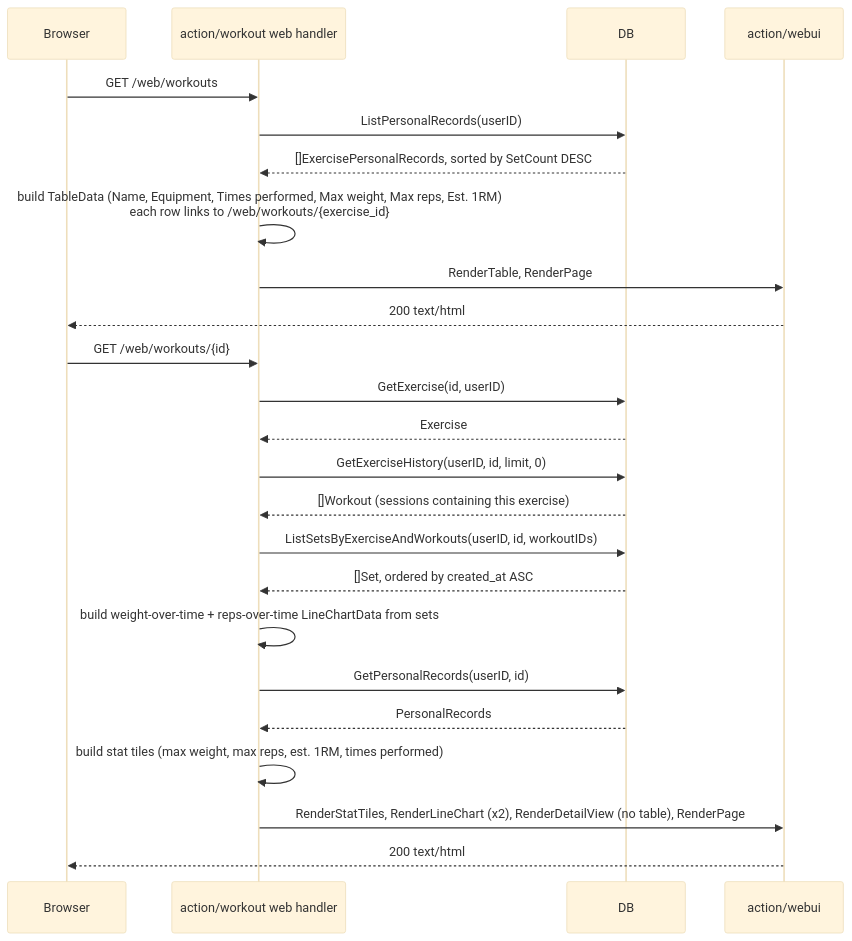
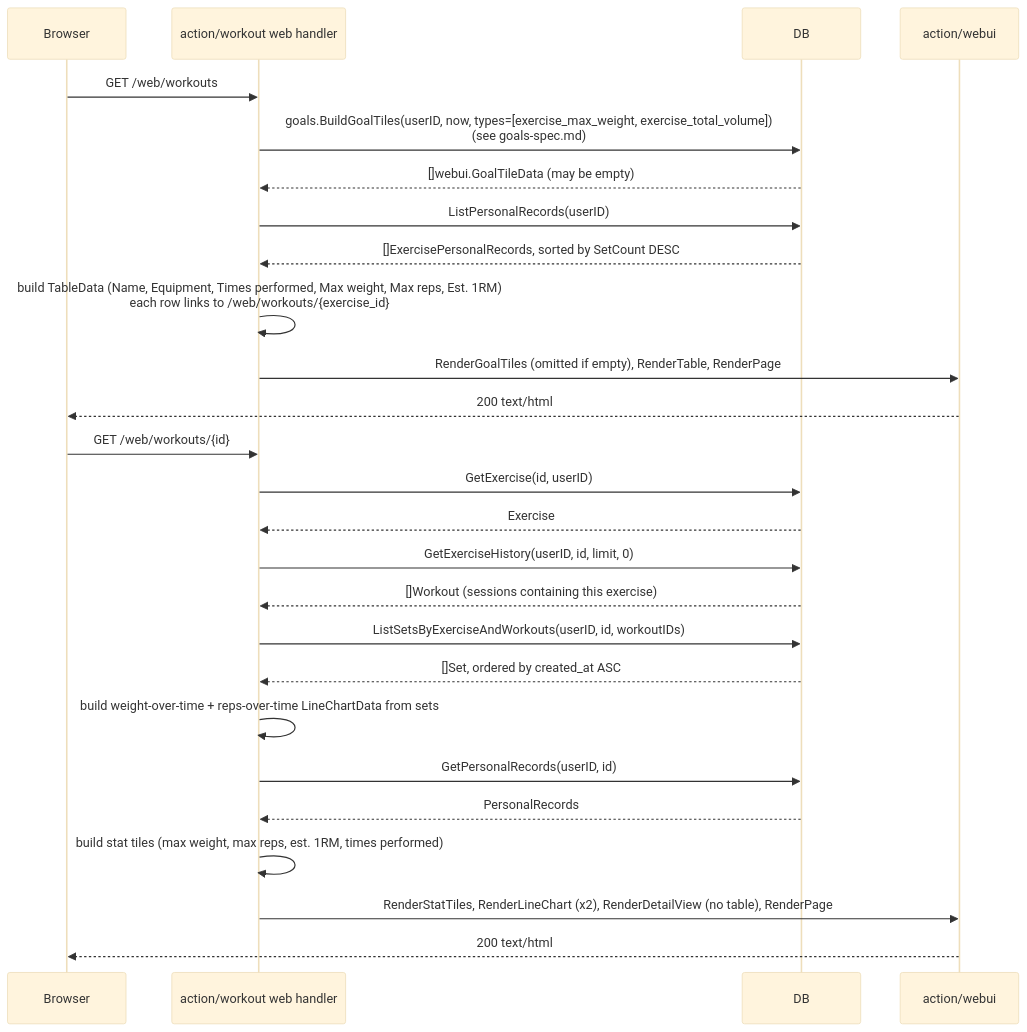
One commit to rusinikita/personal changed the sixth of 6 diagrams in docs/functions/workout-spec.md. Above: the diagram before and after it, drawn with Mermaid (base theme). The commit also changed other lines of this file and 5 other files, not shown here.

First line of the commit message:
docs: add Goals feature spec (Stage 1)

````diff
--- a/docs/functions/workout-spec.md
+++ b/docs/functions/workout-spec.md
@@ -169,28 +170,30 @@
 ```mermaid
 sequenceDiagram
     participant Browser
     participant Handler as action/workout web handler
     participant DB
     participant Webui as action/webui
 
     Browser->>Handler: GET /web/workouts
+    Handler->>DB: goals.BuildGoalTiles(userID, now, types=[exercise_max_weight, exercise_total_volume])<br/>(see goals-spec.md)
+    DB-->>Handler: []webui.GoalTileData (may be empty)
     Handler->>DB: ListPersonalRecords(userID)
     DB-->>Handler: []ExercisePersonalRecords, sorted by SetCount DESC
     Handler->>Handler: build TableData (Name, Equipment, Times performed, Max weight, Max reps, Est. 1RM)<br/>each row links to /web/workouts/{exercise_id}
-    Handler->>Webui: RenderTable, RenderPage
+    Handler->>Webui: RenderGoalTiles (omitted if empty), RenderTable, RenderPage
     Webui-->>Browser: 200 text/html
 
     Browser->>Handler: GET /web/workouts/{id}
     Handler->>DB: GetExercise(id, userID)
     DB-->>Handler: Exercise
     Handler->>DB: GetExerciseHistory(userID, id, limit, 0)
     DB-->>Handler: []Workout (sessions containing this exercise)
     Handler->>DB: ListSetsByExerciseAndWorkouts(userID, id, workoutIDs)
     DB-->>Handler: []Set, ordered by created_at ASC
     Handler->>Handler: build weight-over-time + reps-over-time LineChartData from sets
     Handler->>DB: GetPersonalRecords(userID, id)
     DB-->>Handler: PersonalRecords
     Handler->>Handler: build stat tiles (max weight, max reps, est. 1RM, times performed)
     Handler->>Webui: RenderStatTiles, RenderLineChart (x2), RenderDetailView (no table), RenderPage
     Webui-->>Browser: 200 text/html
 ```
````
